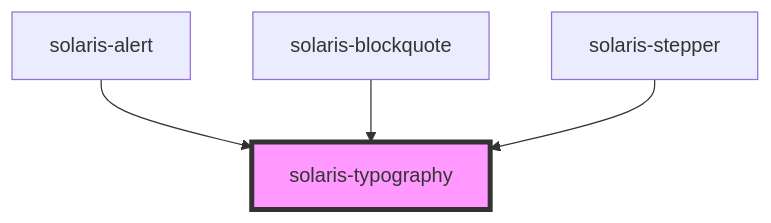
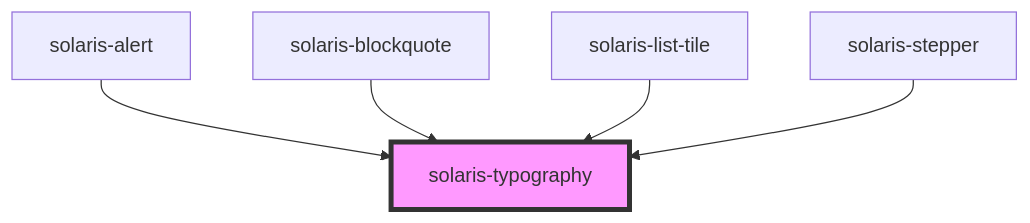
One commit to Lynxgsm/solaris-design-system changed the diagram in packages/stencil-library/src/components/solaris-typography/readme.md. Above: the diagram before and after it, drawn with Mermaid. The commit also changed other lines of this file and 12 other files, not shown here.

Commit message:
added list-tile

````diff
--- a/packages/stencil-library/src/components/solaris-typography/readme.md
+++ b/packages/stencil-library/src/components/solaris-typography/readme.md
@@ -30,7 +31,8 @@
 ```mermaid
 graph TD;
   solaris-alert --> solaris-typography
   solaris-blockquote --> solaris-typography
+  solaris-list-tile --> solaris-typography
   solaris-stepper --> solaris-typography
   style solaris-typography fill:#f9f,stroke:#333,stroke-width:4px
 ```
````
